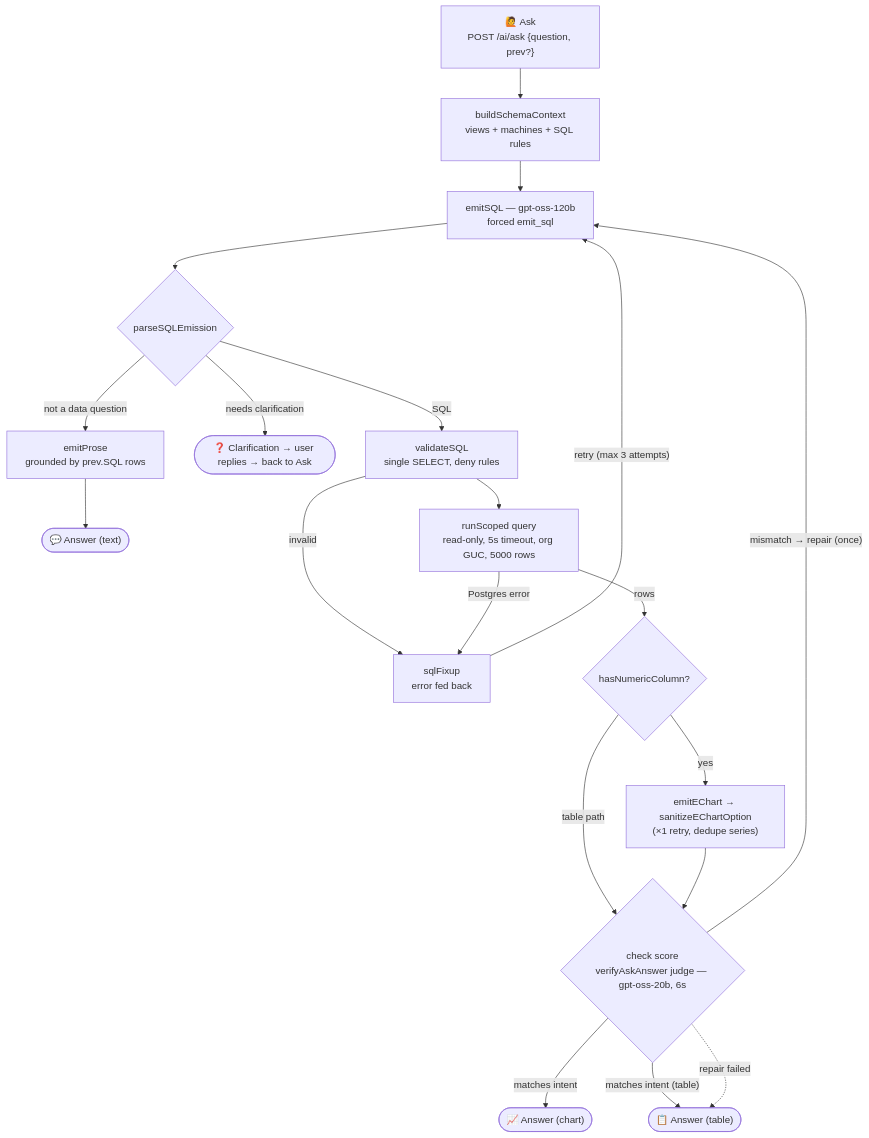
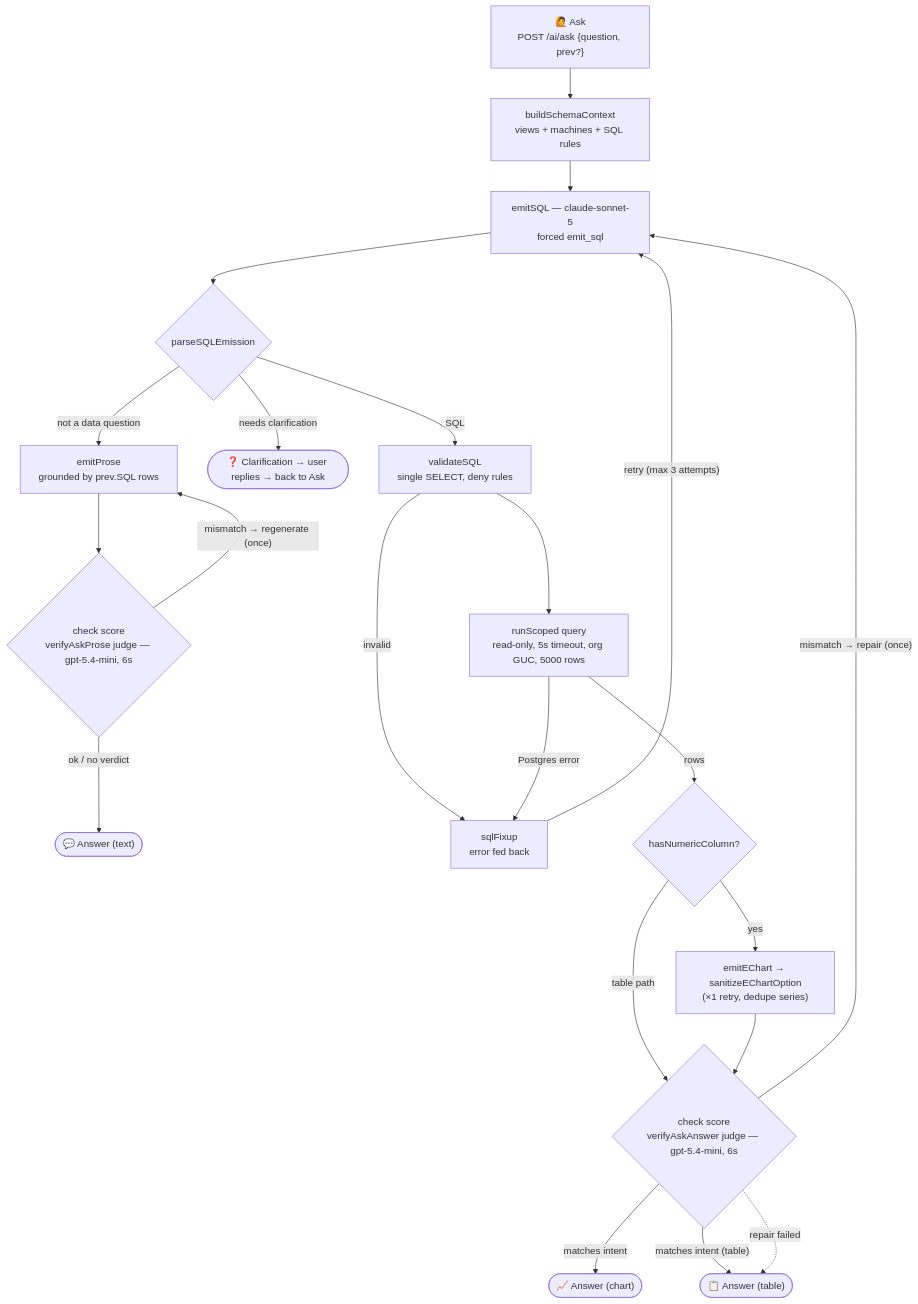
The second of 5 diagrams in docs/ai-pages.md (pepegummo/Project-Dashboard), drawn with Mermaid before and after one commit. The commit also changed other lines of this file and 23 other files, not shown here.

````diff
--- a/docs/ai-pages.md
+++ b/docs/ai-pages.md
@@ -114,21 +115,24 @@
 ```mermaid
 flowchart TD
   Q["🙋 Ask<br/>POST /ai/ask {question, prev?}"] --> Schema["buildSchemaContext<br/>views + machines + SQL rules"]
-  Schema --> Emit["emitSQL — gpt-oss-120b<br/>forced emit_sql"]
+  Schema --> Emit["emitSQL — claude-sonnet-5<br/>forced emit_sql"]
   Emit --> Parse{"parseSQLEmission"}
-  Parse -->|not a data question| Prose["emitProse<br/>grounded by prev.SQL rows"] --> AnsText(["💬 Answer (text)"])
+  Parse -->|not a data question| Prose["emitProse<br/>grounded by prev.SQL rows"]
+  Prose --> PVerify{"check score<br/>verifyAskProse judge — gpt-5.4-mini, 6s"}
+  PVerify -->|"ok / no verdict"| AnsText(["💬 Answer (text)"])
+  PVerify -->|"mismatch → regenerate (once)"| Prose
   Parse -->|needs clarification| Clar(["❓ Clarification → user replies → back to Ask"])
   Parse -->|SQL| Val["validateSQL<br/>single SELECT, deny rules"]
   Val --> Run["runScoped query<br/>read-only, 5s timeout, org GUC, 5000 rows"]
   Val -->|invalid| Fix
   Run -->|Postgres error| Fix["sqlFixup<br/>error fed back"]
   Fix -->|"retry (max 3 attempts)"| Emit
   Run -->|rows| Numeric{"hasNumericColumn?"}
-  Numeric -->|"table path"| Verify{"check score<br/>verifyAskAnswer judge — gpt-oss-20b, 6s"}
+  Numeric -->|"table path"| Verify{"check score<br/>verifyAskAnswer judge — gpt-5.4-mini, 6s"}
   Numeric -->|yes| Chart["emitEChart → sanitizeEChartOption<br/>(×1 retry, dedupe series)"]
   Chart --> Verify
   Verify -->|matches intent| AnsChart(["📈 Answer (chart)"])
   Verify -->|"matches intent (table)"| Table(["📋 Answer (table)"])
   Verify -->|"mismatch → repair (once)"| Emit
   Verify -.->|repair failed| Table
 ```
````
